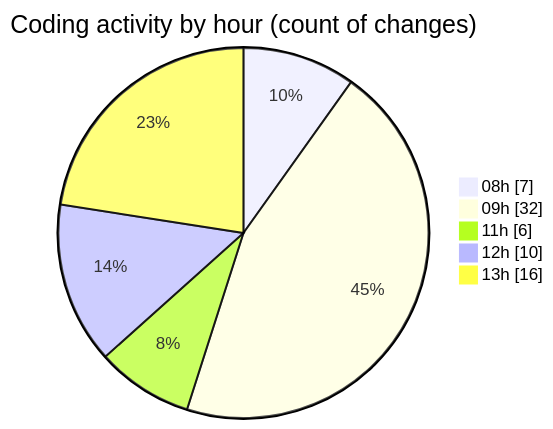
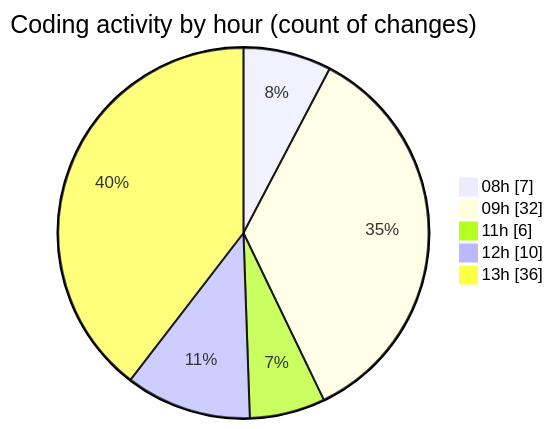
One commit to momahboobian/code-tracking changed the second of 2 diagrams in 2026-09-04/cda/README.md. Above: the diagram before and after it, drawn with Mermaid. The commit also changed other lines of this file and 1 other file, not shown here.

````diff
--- a/2026-09-04/cda/README.md
+++ b/2026-09-04/cda/README.md
@@ -66,9 +68,9 @@
 ```mermaid
 pie showData
 title Coding activity by hour (count of changes)
 "08h" : 7
 "09h" : 32
 "11h" : 6
 "12h" : 10
-"13h" : 16
+"13h" : 36
 ```
````
